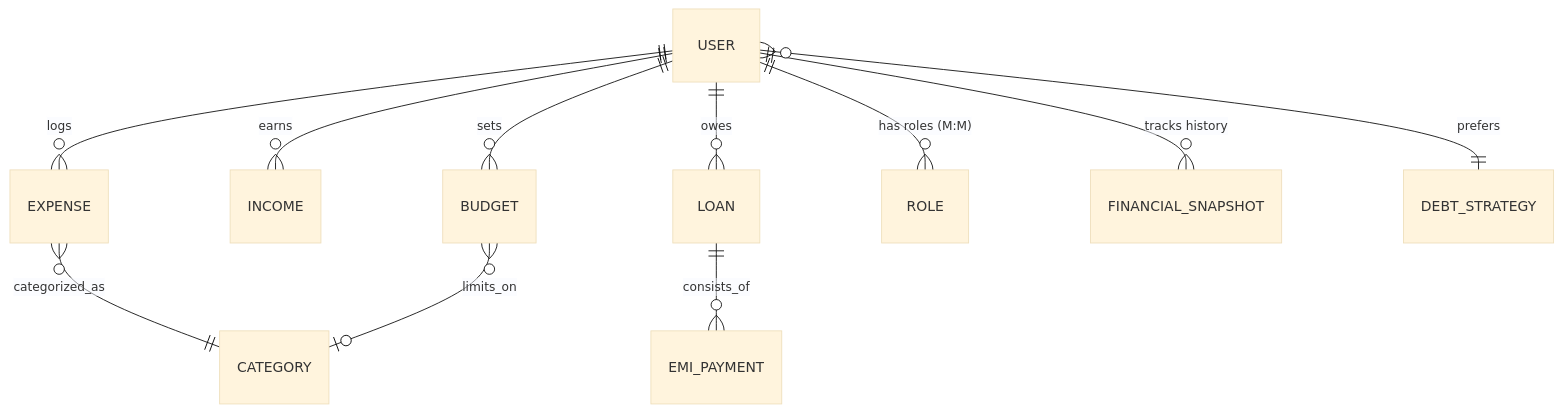
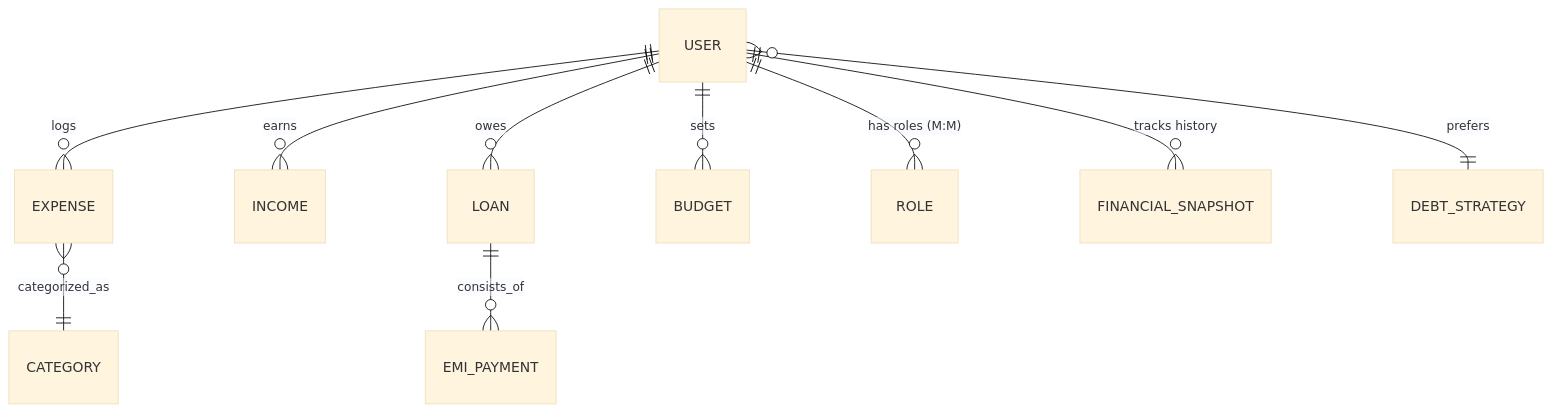
The second of 2 diagrams in README.md (sarangsvkm/smart-expense-frontend), drawn with Mermaid (base theme) before and after one commit. The commit also changed other lines of this file, not shown here.

````diff
--- a/README.md
+++ b/README.md
@@ -63,15 +72,13 @@
 ```mermaid
 erDiagram
     USER ||--o{ EXPENSE : logs
     USER ||--o{ INCOME : earns
     USER ||--o{ LOAN : owes
     USER ||--o{ BUDGET : sets
     USER ||--o{ ROLE : "has roles (M:M)"
     USER ||--o{ FINANCIAL_SNAPSHOT : "tracks history"
     USER }o--|| DEBT_STRATEGY : prefers
 
     EXPENSE }o--|| CATEGORY : categorized_as
-    BUDGET }o--|o CATEGORY : limits_on
-
     LOAN ||--o{ EMI_PAYMENT : consists_of
 ```
````
